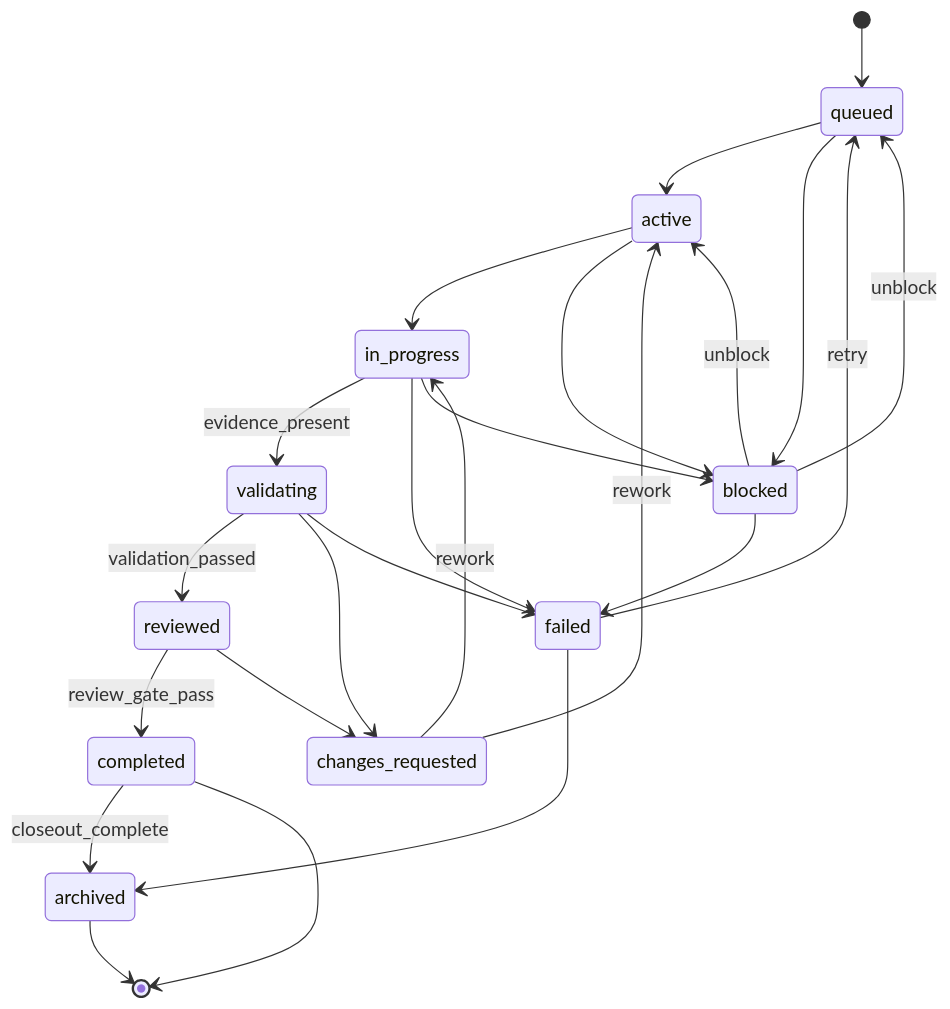
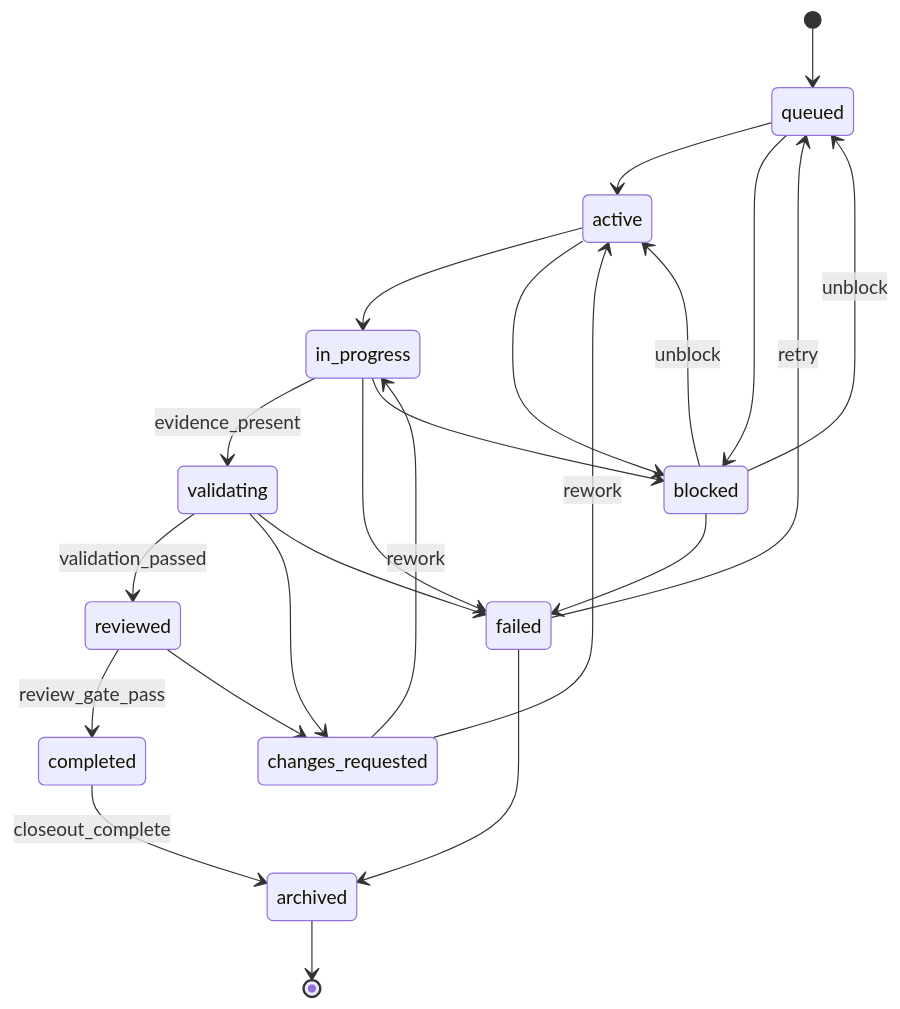
One commit to kas1987/chromatic-atomic-tower changed the second of 2 diagrams in docs/architecture/STATE_MACHINE.md. Above: the diagram before and after it, drawn with Mermaid. The commit also changed other lines of this file, not shown here.

Commit message:
fix(state-machine): remove [*] arcs from non-terminal closed and completed
closed and completed are non-terminal; their [*] end-state arcs contradicted
the updated prose and transition_rules.yaml. Removed both.

Addresses Copilot #3430908585 and #3430908616 on PR #17.

````diff
--- a/docs/architecture/STATE_MACHINE.md
+++ b/docs/architecture/STATE_MACHINE.md
@@ -63,26 +62,25 @@
 ```mermaid
 stateDiagram-v2
     [*] --> queued
     queued --> active
     queued --> blocked
     active --> in_progress
     active --> blocked
     in_progress --> validating: evidence_present
     in_progress --> failed
     in_progress --> blocked
     validating --> reviewed: validation_passed
     validating --> changes_requested
     validating --> failed
     reviewed --> completed: review_gate_pass
     reviewed --> changes_requested
     changes_requested --> in_progress: rework
     changes_requested --> active: rework
     completed --> archived: closeout_complete
     failed --> queued: retry
     failed --> archived
     blocked --> active: unblock
     blocked --> queued: unblock
     blocked --> failed
-    completed --> [*]
     archived --> [*]
 ```
````
